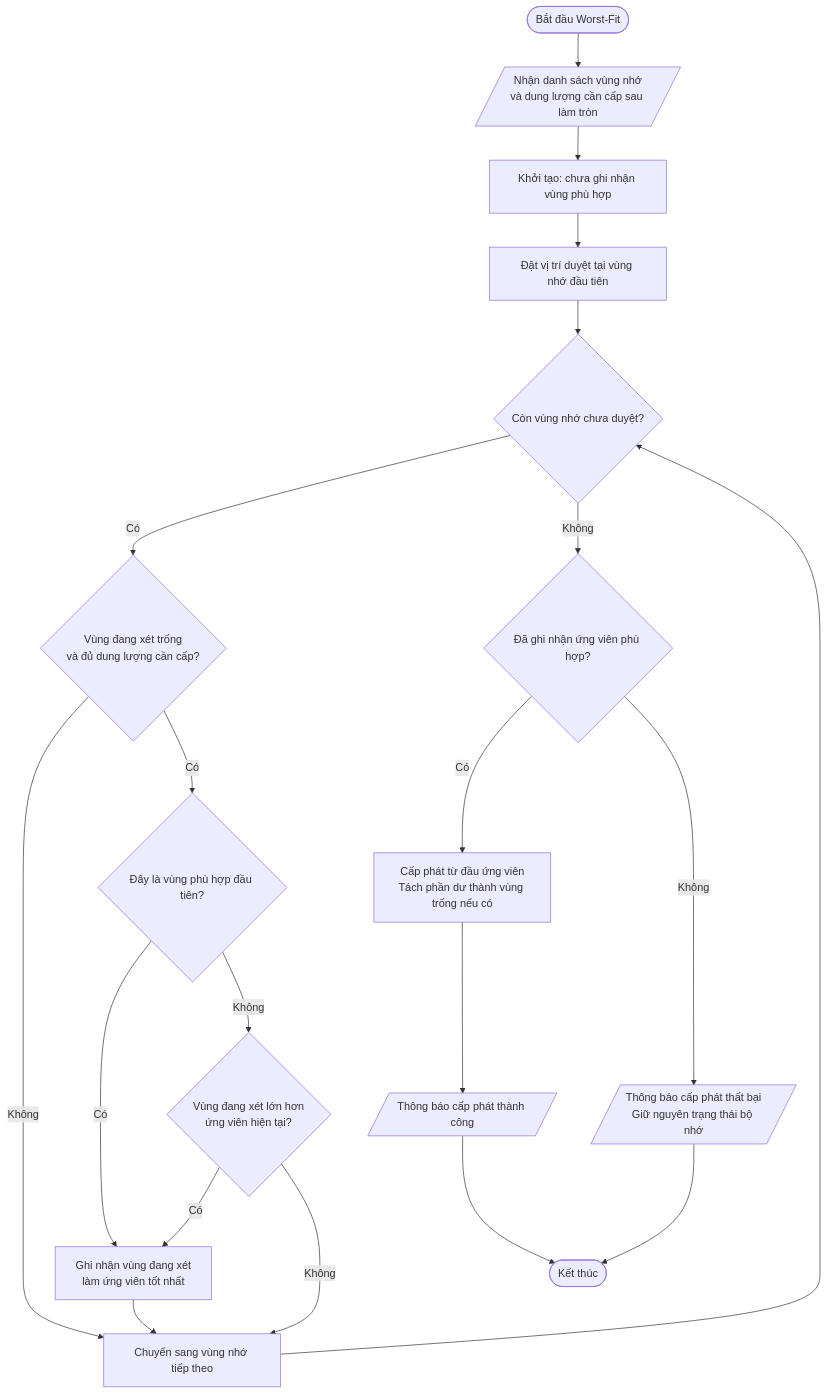
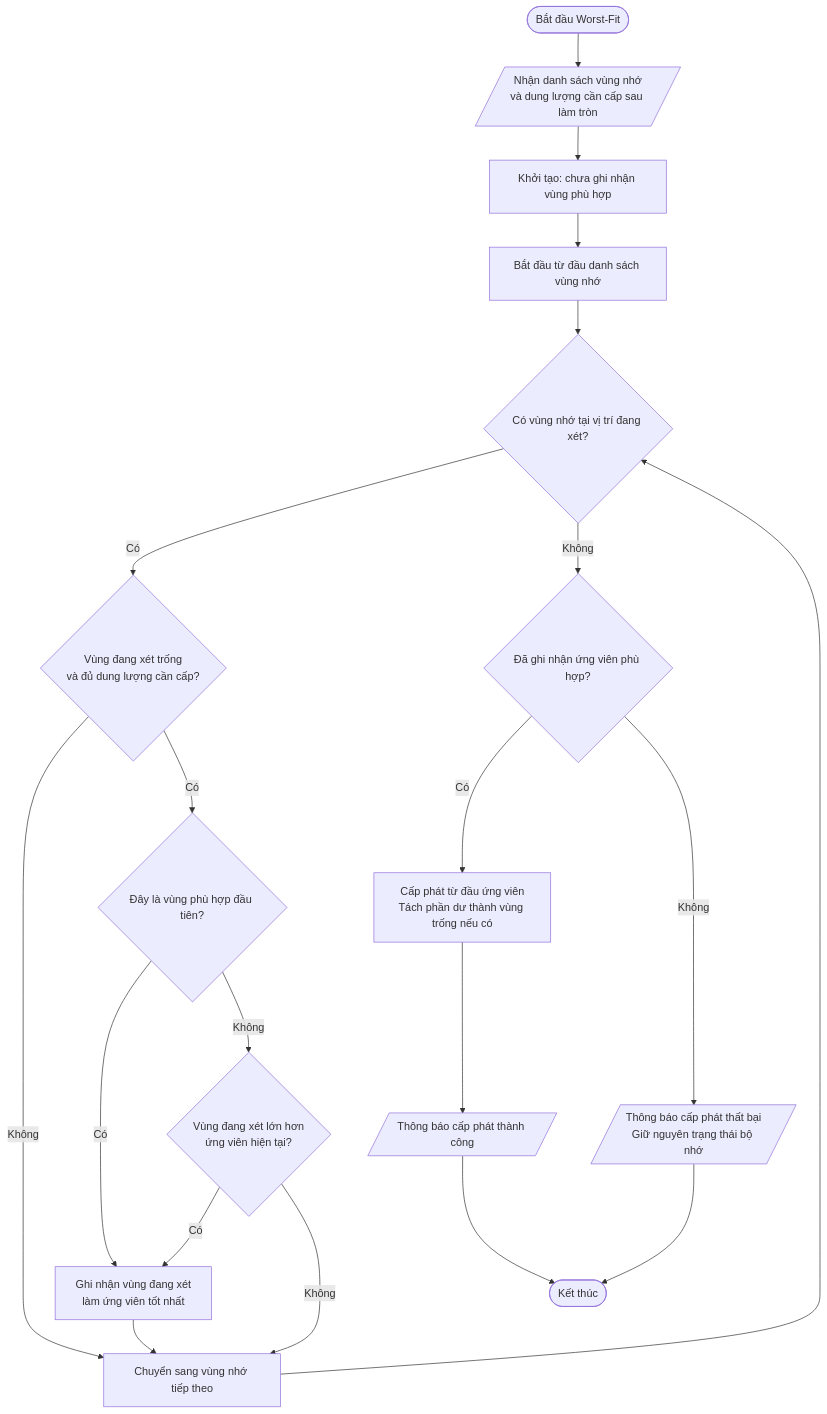
Before and after one commit to GiaHung305/OS_MEM_11_Nhom03: the fourth of 4 diagrams in report/spec.md, drawn with Mermaid. The commit also changed other lines of this file, not shown here.

Commit message:
Clarify flowchart scan position

````diff
--- a/report/spec.md
+++ b/report/spec.md
@@ -264,23 +264,23 @@
 ```mermaid
 flowchart TD
     WF_START([Bắt đầu Worst-Fit])
     WF_START --> WF_INPUT[/"Nhận danh sách vùng nhớ<br/>và dung lượng cần cấp sau làm tròn"/]
     WF_INPUT --> WF_INIT["Khởi tạo: chưa ghi nhận vùng phù hợp"]
-    WF_INIT --> WF_FIRST["Đặt vị trí duyệt tại vùng nhớ đầu tiên"]
-    WF_FIRST --> WF_MORE{"Còn vùng nhớ chưa duyệt?"}
+    WF_INIT --> WF_FIRST["Bắt đầu từ đầu danh sách vùng nhớ"]
+    WF_FIRST --> WF_MORE{"Có vùng nhớ tại vị trí đang xét?"}
     WF_MORE -->|Có| WF_FITS{"Vùng đang xét trống<br/>và đủ dung lượng cần cấp?"}
     WF_FITS -->|Không| WF_NEXT["Chuyển sang vùng nhớ tiếp theo"]
     WF_FITS -->|Có| WF_EMPTY{"Đây là vùng phù hợp đầu tiên?"}
     WF_EMPTY -->|Có| WF_SELECT["Ghi nhận vùng đang xét<br/>làm ứng viên tốt nhất"]
     WF_EMPTY -->|Không| WF_BETTER{"Vùng đang xét lớn hơn<br/>ứng viên hiện tại?"}
     WF_BETTER -->|Có| WF_SELECT
     WF_BETTER -->|Không| WF_NEXT
     WF_SELECT --> WF_NEXT
     WF_NEXT --> WF_MORE
     WF_MORE -->|Không| WF_FOUND{"Đã ghi nhận ứng viên phù hợp?"}
     WF_FOUND -->|Có| WF_ALLOC["Cấp phát từ đầu ứng viên<br/>Tách phần dư thành vùng trống nếu có"]
     WF_ALLOC --> WF_SUCCESS[/"Thông báo cấp phát thành công"/]
     WF_FOUND -->|Không| WF_FAIL[/"Thông báo cấp phát thất bại<br/>Giữ nguyên trạng thái bộ nhớ"/]
     WF_SUCCESS --> WF_END([Kết thúc])
     WF_FAIL --> WF_END
 ```
````
